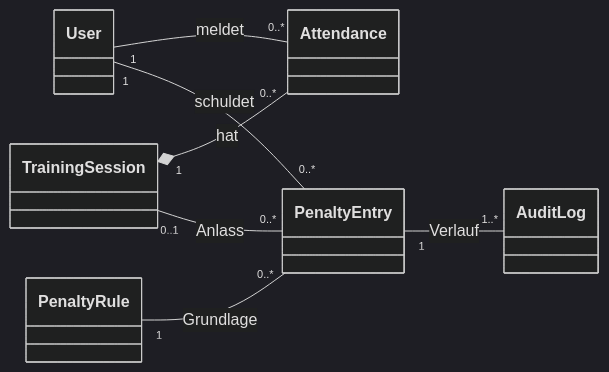
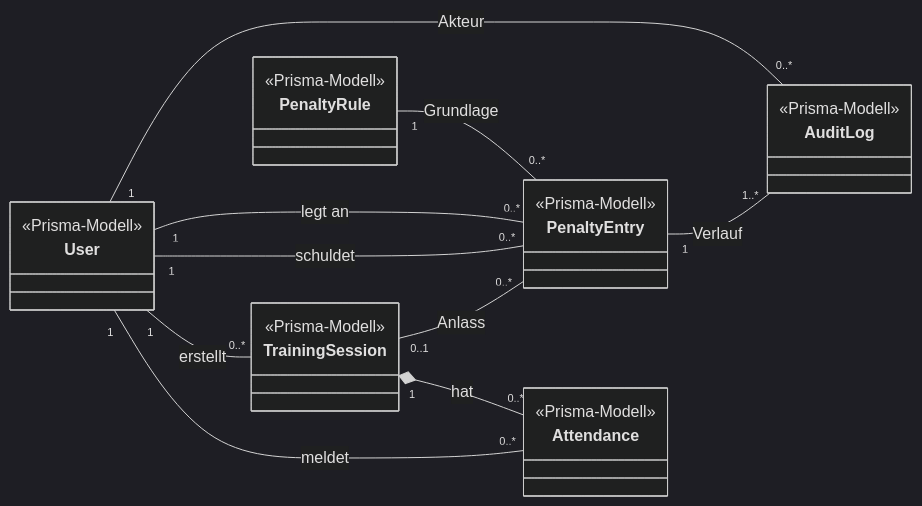
Before and after one commit to squadhq-team/squadhq-team: the first of 2 diagrams in docs/architektur/klassendiagramm.md, drawn with Mermaid (dark theme). The commit also changed other lines of this file and 14 other files, not shown here.

First line of the commit message:
Diagramme nach P3-Feedback: konkrete Komponenten, Schichten und Diagramme stimmig

````diff
--- a/docs/architektur/klassendiagramm.md
+++ b/docs/architektur/klassendiagramm.md
@@ -7,17 +11,32 @@
 ```mermaid
 classDiagram
   direction LR
-  class User
-  class TrainingSession
-  class Attendance
-  class PenaltyRule
-  class PenaltyEntry
-  class AuditLog
+  class User {
+    <<Prisma-Modell>>
+  }
+  class TrainingSession {
+    <<Prisma-Modell>>
+  }
+  class Attendance {
+    <<Prisma-Modell>>
+  }
+  class PenaltyRule {
+    <<Prisma-Modell>>
+  }
+  class PenaltyEntry {
+    <<Prisma-Modell>>
+  }
+  class AuditLog {
+    <<Prisma-Modell>>
+  }
 
   User "1" -- "0..*" Attendance : meldet
   TrainingSession "1" *-- "0..*" Attendance : hat
+  User "1" -- "0..*" TrainingSession : erstellt
   User "1" -- "0..*" PenaltyEntry : schuldet
+  User "1" -- "0..*" PenaltyEntry : legt an
   PenaltyRule "1" -- "0..*" PenaltyEntry : Grundlage
   TrainingSession "0..1" -- "0..*" PenaltyEntry : Anlass
   PenaltyEntry "1" -- "1..*" AuditLog : Verlauf
+  User "1" -- "0..*" AuditLog : Akteur
 ```
````
